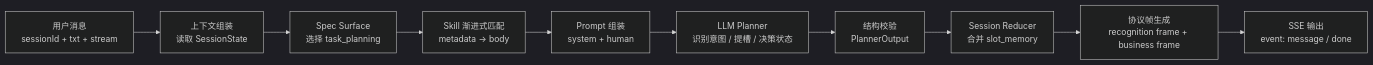
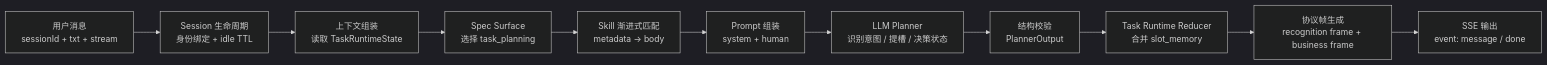
One commit to GiorgioPeng/intent_router_harness changed the first of 6 diagrams in docs/core-functional-design.md. Above: the diagram before and after it, drawn with Mermaid (dark theme). The commit also changed other lines of this file and 10 other files, not shown here.

Commit message:
Decouple session lifecycle from task runtime

````diff
--- a/docs/core-functional-design.md
+++ b/docs/core-functional-design.md
@@ -24,12 +24,13 @@
 ```mermaid
 flowchart LR
-    Input["用户消息\nsessionId + txt + stream"] --> Context["上下文组装\n读取 SessionState"]
+    Input["用户消息\nsessionId + txt + stream"] --> Session["Session 生命周期\n身份绑定 + idle TTL"]
+    Session --> Context["上下文组装\n读取 TaskRuntimeState"]
     Context --> Surface["Spec Surface\n选择 task_planning"]
     Surface --> SkillMatch["Skill 渐进式匹配\nmetadata -> body"]
     SkillMatch --> Prompt["Prompt 组装\nsystem + human"]
     Prompt --> LLM["LLM Planner\n识别意图 / 提槽 / 决策状态"]
     LLM --> Validate["结构校验\nPlannerOutput"]
-    Validate --> Reduce["Session Reducer\n合并 slot_memory"]
+    Validate --> Reduce["Task Runtime Reducer\n合并 slot_memory"]
     Reduce --> Frames["协议帧生成\nrecognition frame + business frame"]
     Frames --> SSE["SSE 输出\nevent: message / done"]
 ```
````
